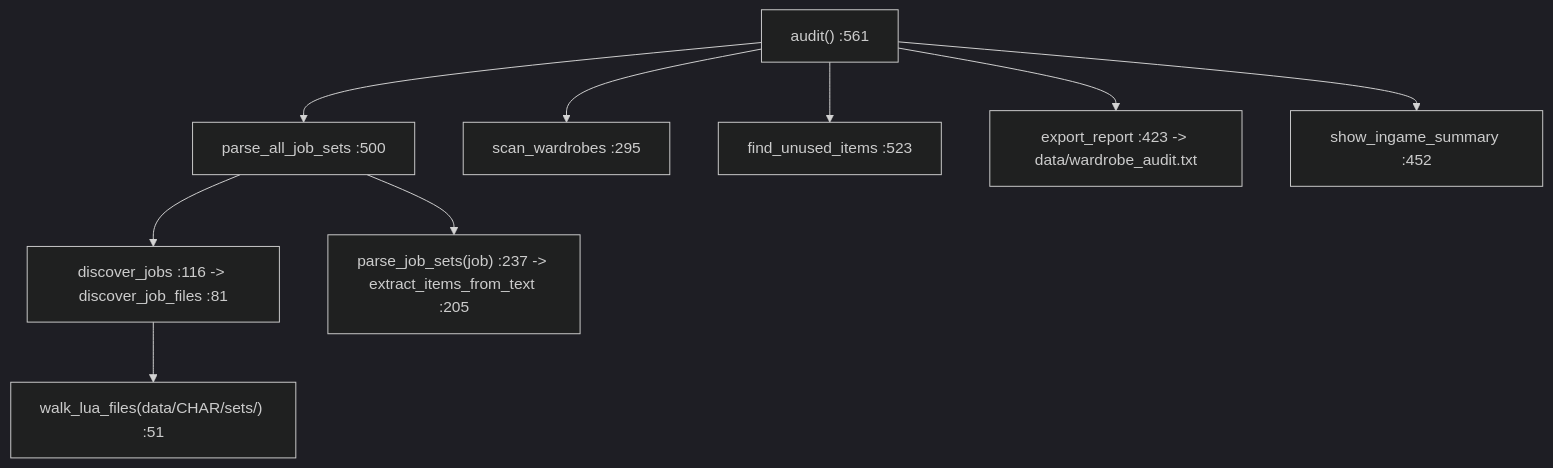
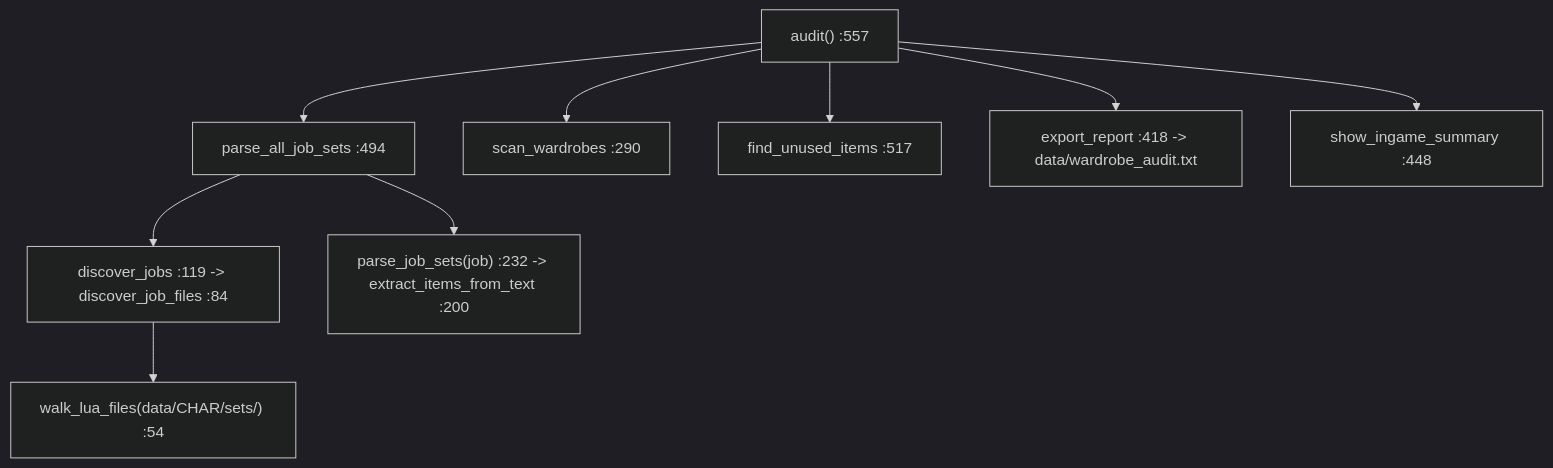
One commit to ejouanchicot/Gearswap changed the second of 3 diagrams in docs/dev/systems/equipment-and-inventory.md. Above: the diagram before and after it, drawn with Mermaid (dark theme). The commit also changed other lines of this file and 81 other files, not shown here.

````diff
--- a/docs/dev/systems/equipment-and-inventory.md
+++ b/docs/dev/systems/equipment-and-inventory.md
@@ -60,11 +65,11 @@
 ```mermaid
 flowchart TD
-    A["audit() :561"] --> B["parse_all_job_sets :500"]
-    B --> C["discover_jobs :116 -> discover_job_files :81"]
-    C --> D["walk_lua_files(data/CHAR/sets/) :51"]
-    B --> E["parse_job_sets(job) :237 -> extract_items_from_text :205"]
-    A --> F["scan_wardrobes :295"]
-    A --> G["find_unused_items :523"]
-    A --> H["export_report :423 -> data/wardrobe_audit.txt"]
-    A --> I["show_ingame_summary :452"]
+    A["audit() :557"] --> B["parse_all_job_sets :494"]
+    B --> C["discover_jobs :119 -> discover_job_files :84"]
+    C --> D["walk_lua_files(data/CHAR/sets/) :54"]
+    B --> E["parse_job_sets(job) :232 -> extract_items_from_text :200"]
+    A --> F["scan_wardrobes :290"]
+    A --> G["find_unused_items :517"]
+    A --> H["export_report :418 -> data/wardrobe_audit.txt"]
+    A --> I["show_ingame_summary :448"]
 ```
````
